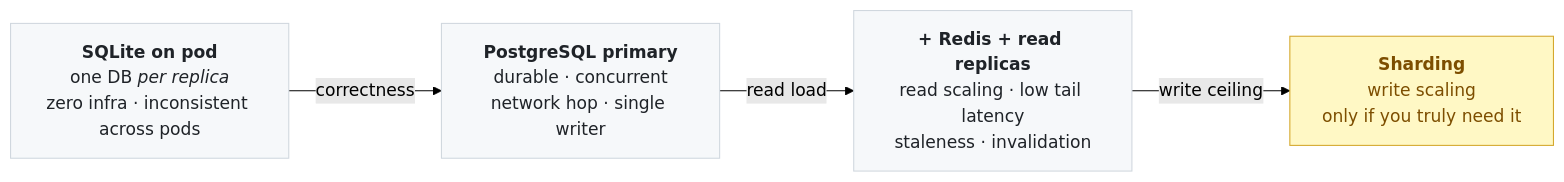
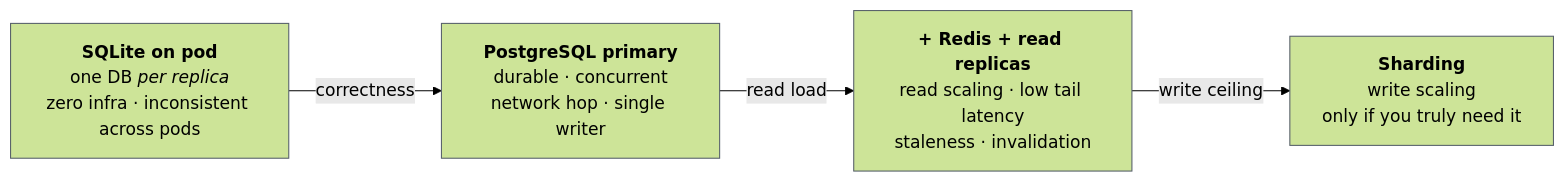
One commit to Ansh-dhanani/Distributed-system-load-analysis changed the sixth of 8 diagrams in README.md. Above: the diagram before and after it, drawn with Mermaid (forest theme). The commit also changed other lines of this file, not shown here.

First line of the commit message:
docs: restore previous mermaid styling, darken node borders

````diff
--- a/README.md
+++ b/README.md
@@ -211,15 +196,12 @@
 ```mermaid
 flowchart LR
     S0["<b>SQLite on pod</b><br/>one DB <i>per replica</i><br/>zero infra · inconsistent across pods"]
     S1["<b>PostgreSQL primary</b><br/>durable · concurrent<br/>network hop · single writer"]
     S2["<b>+ Redis + read replicas</b><br/>read scaling · low tail latency<br/>staleness · invalidation"]
     S3["<b>Sharding</b><br/>write scaling<br/>only if you truly need it"]
 
     S0 -->|"correctness"| S1
     S1 -->|"read load"| S2
     S2 -->|"write ceiling"| S3
-
-    classDef default fill:#f6f8fa,stroke:#d0d7de,color:#1f2328;
-    classDef warn fill:#fff8c5,stroke:#d4a72c,color:#7d4e00;
-    class S3 warn;
+    classDef default stroke:#57606a;
 ```
````
